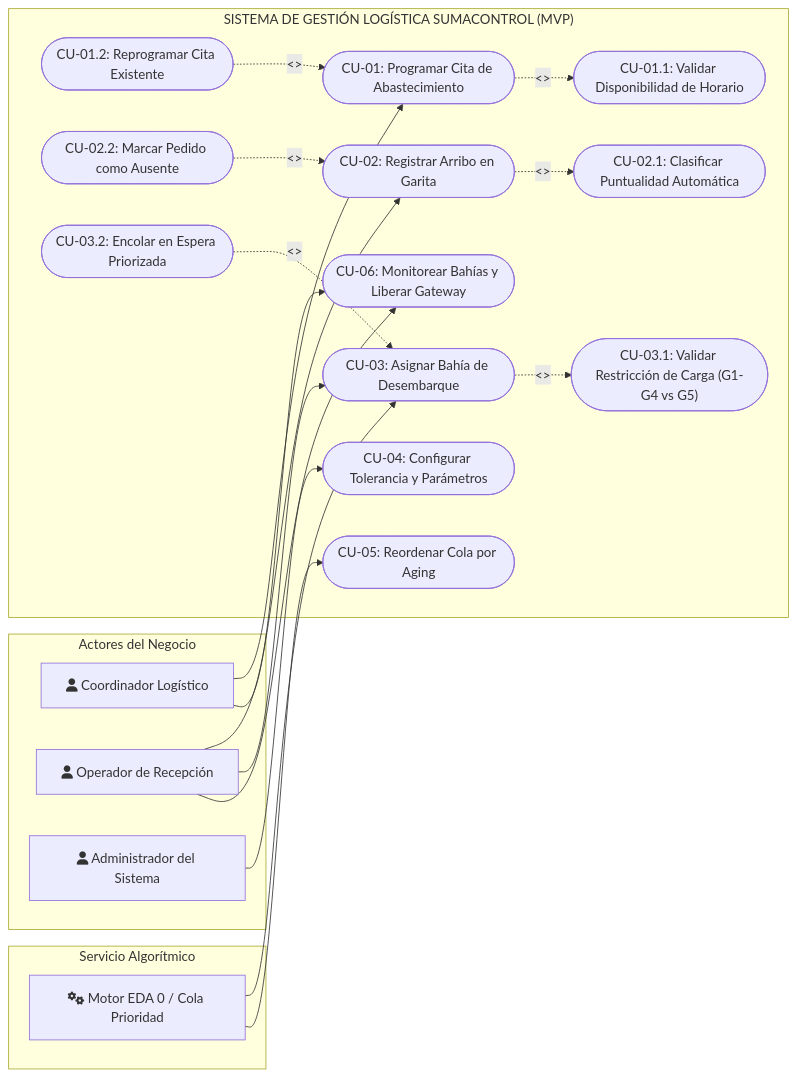
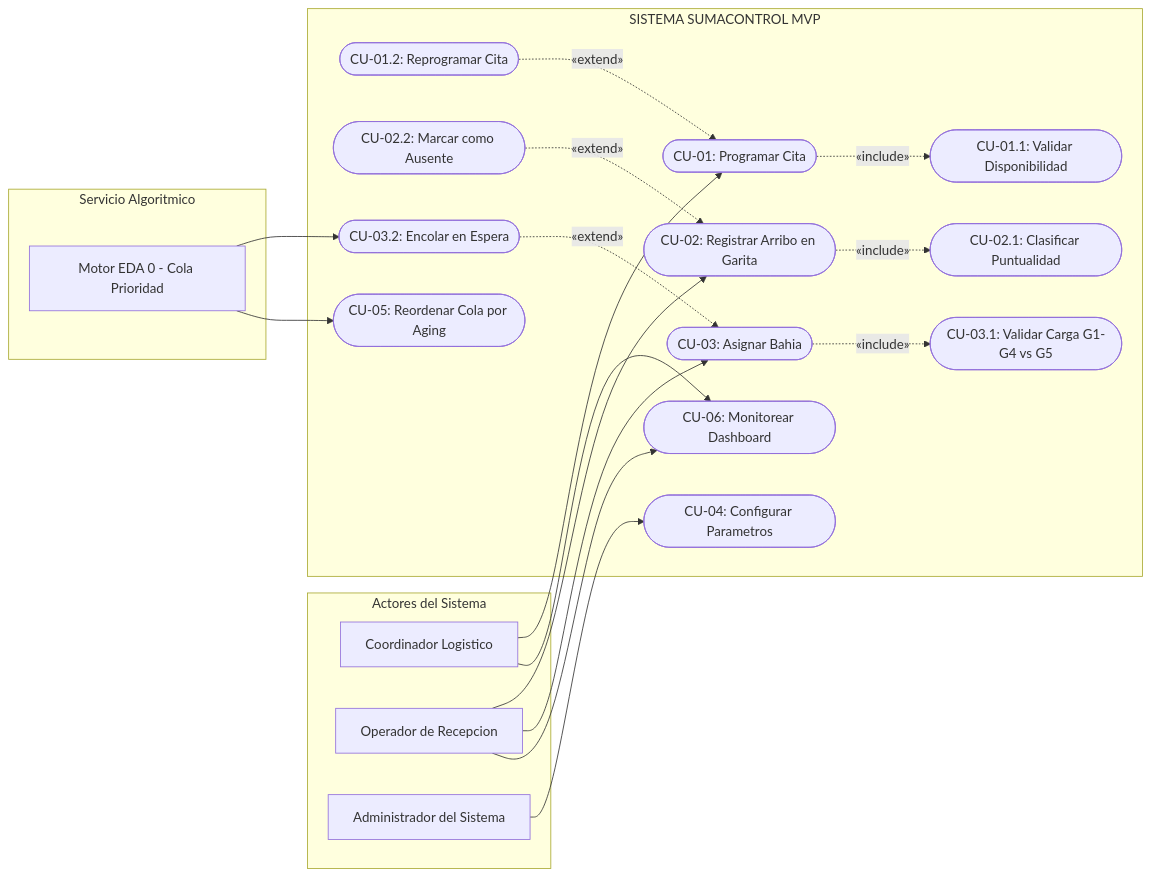
One commit to 202301811/Proyecto-Integrador---Sistema-de-Gesti-n-Log-stica-de-Recepci-n- changed the diagram in CASOS_DE_USO.md. Above: the diagram before and after it, drawn with Mermaid.

Commit message:
Refactor use case diagram for clarity and consistency

````diff
--- a/CASOS_DE_USO.md
+++ b/CASOS_DE_USO.md
@@ -3,55 +1,54 @@
 ```mermaid
 flowchart LR
-    %% Actores Humanos
-    subgraph ACTORES_HUMANOS [Actores del Negocio]
-        Coordinador["fa:fa-user Coordinador Logístico"]
-        Operador["fa:fa-user Operador de Recepción"]
-        Admin["fa:fa-user Administrador del Sistema"]
+
+    subgraph Actores [Actores del Sistema]
+        Coord[Coordinador Logistico]
+        Oper[Operador de Recepcion]
+        Admin[Administrador del Sistema]
     end
 
-    %% Límite del Sistema
-    subgraph SYSTEM_BOUNDARY ["SISTEMA DE GESTIÓN LOGÍSTICA SUMACONTROL (MVP)"]
-        CU01(["CU-01: Programar Cita de Abastecimiento"])
-        CU01_1(["CU-01.1: Validar Disponibilidad de Horario"])
-        CU01_2(["CU-01.2: Reprogramar Cita Existente"])
+    subgraph Sistema [SISTEMA SUMACONTROL MVP]
+        CU01([CU-01: Programar Cita])
+        CU01_1([CU-01.1: Validar Disponibilidad])
+        CU01_2([CU-01.2: Reprogramar Cita])
 
-        CU02(["CU-02: Registrar Arribo en Garita"])
-        CU02_1(["CU-02.1: Clasificar Puntualidad Automática"])
-        CU02_2(["CU-02.2: Marcar Pedido como Ausente"])
+        CU02([CU-02: Registrar Arribo en Garita])
+        CU02_1([CU-02.1: Clasificar Puntualidad])
+        CU02_2([CU-02.2: Marcar como Ausente])
 
-        CU03(["CU-03: Asignar Bahía de Desembarque"])
-        CU03_1(["CU-03.1: Validar Restricción de Carga (G1-G4 vs G5)"])
-        CU03_2(["CU-03.2: Encolar en Espera Priorizada"])
+        CU03([CU-03: Asignar Bahia])
+        CU03_1([CU-03.1: Validar Carga G1-G4 vs G5])
+        CU03_2([CU-03.2: Encolar en Espera])
 
-        CU04(["CU-04: Configurar Tolerancia y Parámetros"])
-        CU05(["CU-05: Reordenar Cola por Aging"])
-        CU06(["CU-06: Monitorear Bahías y Liberar Gateway"])
+        CU04([CU-04: Configurar Parametros])
+        CU05([CU-05: Reordenar Cola por Aging])
+        CU06([CU-06: Monitorear Dashboard])
     end
 
-    %% Actor de Sistema (Algoritmo)
-    subgraph ACTOR_SISTEMA [Servicio Algorítmico]
-        MotorEDA["fa:fa-cogs Motor EDA 0 / Cola Prioridad"]
+    subgraph Algoritmo [Servicio Algoritmico]
+        MotorEDA[Motor EDA 0 - Cola Prioridad]
     end
 
-    %% Relaciones de CU-01
-    Coordinador --> CU01
-    CU01 -.->|"<<include>>"| CU01_1
-    CU01_2 -.->|"<<extend>>"| CU01
+    %% Relaciones Include (Obligatorias)
+    CU01 -.->|«include»| CU01_1
+    CU02 -.->|«include»| CU02_1
+    CU03 -.->|«include»| CU03_1
 
-    %% Relaciones de CU-02
-    Operador --> CU02
-    CU02 -.->|"<<include>>"| CU02_1
-    CU02_2 -.->|"<<extend>>"| CU02
+    %% Relaciones Extend (Excepciones / Flujos Opcionales)
+    CU01_2 -.->|«extend»| CU01
+    CU02_2 -.->|«extend»| CU02
+    CU03_2 -.->|«extend»| CU03
 
-    %% Relaciones de CU-03
-    Operador --> CU03
-    MotorEDA --> CU03
-    CU03 -.->|"<<include>>"| CU03_1
-    CU03_2 -.->|"<<extend>>"| CU03
+    %% Conexiones de Actores a Casos de Uso
+    Coord --> CU01
+    Coord --> CU06
 
-    %% Relaciones de CU-04, 05, 06
+    Oper --> CU02
+    Oper --> CU03
+    Oper --> CU06
+
     Admin --> CU04
+
+    MotorEDA --> CU03_2
     MotorEDA --> CU05
-    Coordinador --> CU06
-    Operador --> CU06
 ```
````
